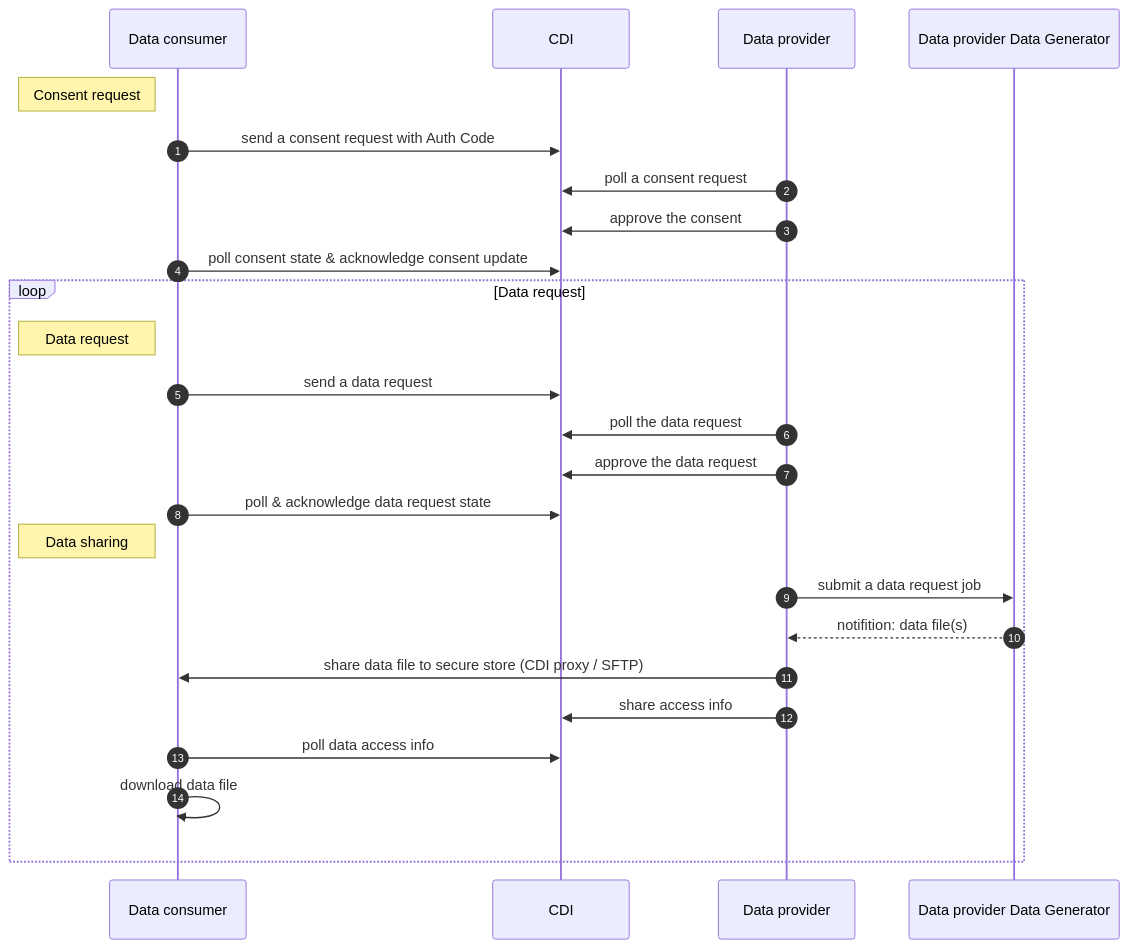
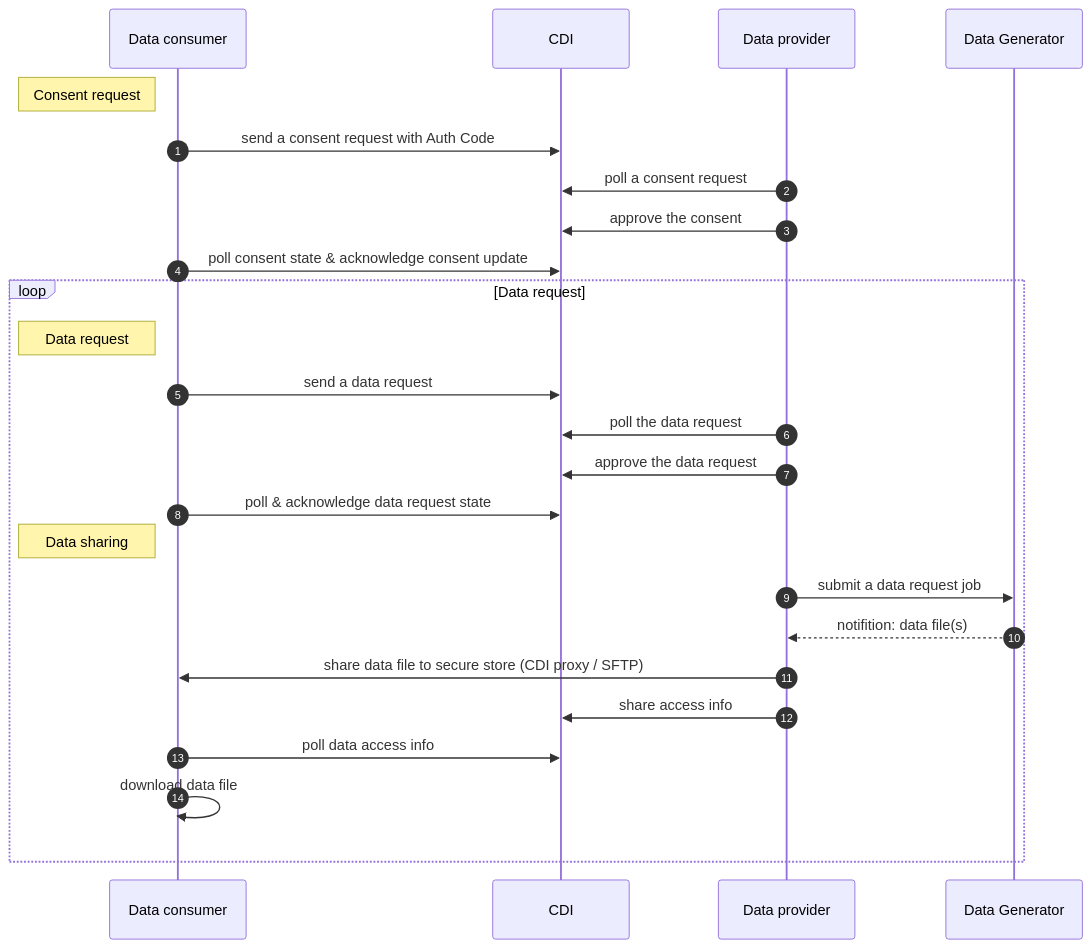
Before and after one commit to yxiaao/docs: the diagram in docs/cdi/integration.md, drawn with Mermaid. The commit also changed other lines of this file and 3 other files, not shown here.

````diff
--- a/docs/cdi/integration.md
+++ b/docs/cdi/integration.md
@@ -5,35 +5,35 @@
 ```mermaid
 sequenceDiagram
   autonumber
   participant dc as Data consumer
   participant cdi as CDI
   participant dp as Data provider
-  participant dgen as Data provider Data Generator
+  participant dgen as Data Generator
 
   note left of dc: Consent request
   dc->>cdi: send a consent request with Auth Code
   dp->>cdi: poll a consent request
   dp->>cdi: approve the consent
 
   dc->>cdi: poll consent state & acknowledge consent update
   
   loop Data request
     note left of dc: Data request
     dc->>cdi: send a data request
 
     dp->>cdi: poll the data request
     dp->>cdi: approve the data request
     dc->>cdi: poll & acknowledge data request state
 
     note left of dc: Data sharing
 
     dp->>dgen: submit a data request job
     dgen-->>dp: notifition: data file(s)
     
     dp->>dc: share data file to secure store (CDI proxy / SFTP)
     dp->>cdi: share access info
     dc->>cdi: poll data access info
     dc->>dc: download data file
   end
 
 ```
````
